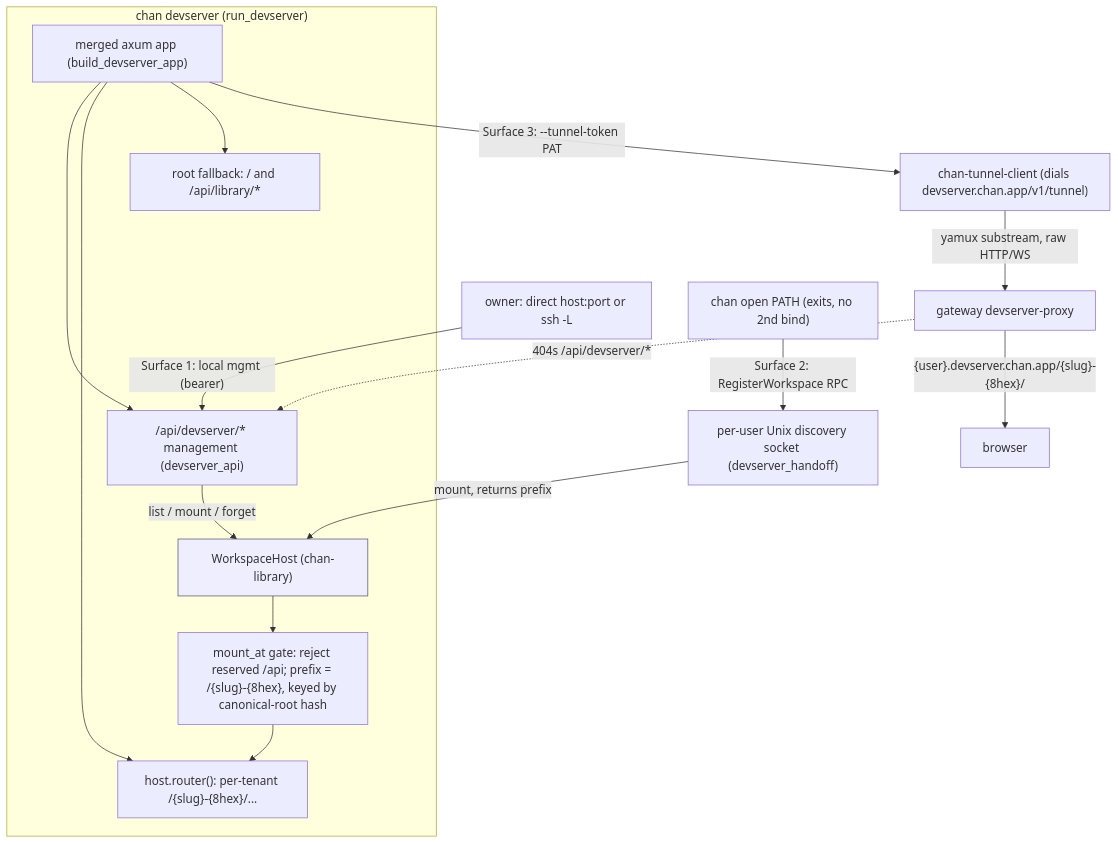
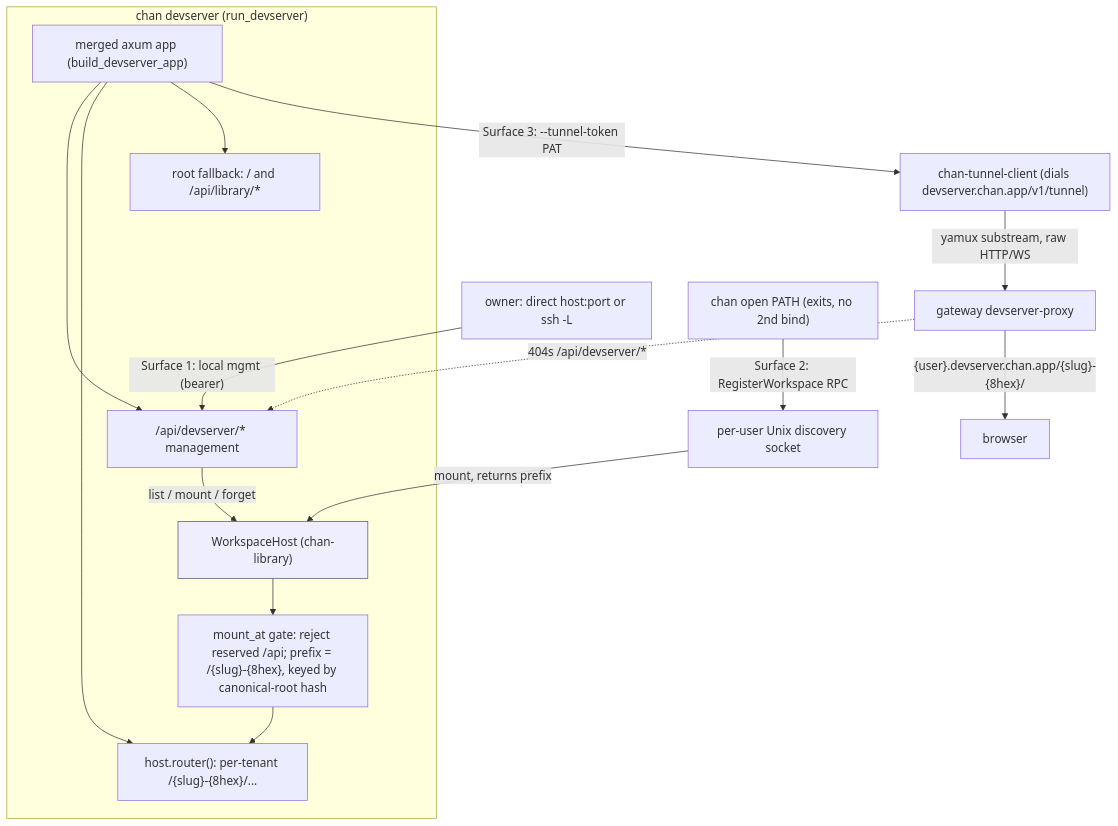
Before and after one commit to likewhatevs/chan: the second of 2 diagrams in design.md, drawn with Mermaid. The commit also changed other lines of this file and 20 other files, not shown here.

````diff
--- a/design.md
+++ b/design.md
@@ -231,26 +195,26 @@
 ```mermaid
 flowchart TB
   subgraph DV["chan devserver (run_devserver)"]
     Host["WorkspaceHost (chan-library)"]
     Gate["mount_at gate: reject reserved /api; prefix = /{slug}-{8hex}, keyed by canonical-root hash"]
     App["merged axum app (build_devserver_app)"]
-    Mgmt["/api/devserver/* management (devserver_api)"]
+    Mgmt["/api/devserver/* management"]
     Tenants["host.router(): per-tenant /{slug}-{8hex}/..."]
     Launcher["root fallback: / and /api/library/*"]
     Host --> Gate
     Gate --> Tenants
     App --> Mgmt
     App --> Tenants
     App --> Launcher
   end
   Owner["owner: direct host:port or ssh -L"] -->|"Surface 1: local mgmt (bearer)"| Mgmt
   Mgmt -->|"list / mount / forget"| Host
-  CLI["chan open PATH (exits, no 2nd bind)"] -->|"Surface 2: RegisterWorkspace RPC"| Disc["per-user Unix discovery socket (devserver_handoff)"]
+  CLI["chan open PATH (exits, no 2nd bind)"] -->|"Surface 2: RegisterWorkspace RPC"| Disc["per-user Unix discovery socket"]
   Disc -->|"mount, returns prefix"| Host
   App -->|"Surface 3: --tunnel-token PAT"| Tun["chan-tunnel-client (dials devserver.chan.app/v1/tunnel)"]
   Tun -->|"yamux substream, raw HTTP/WS"| Proxy["gateway devserver-proxy"]
   Proxy -->|"{user}.devserver.chan.app/{slug}-{8hex}/"| Browser["browser"]
   Proxy -.->|"404s /api/devserver/*"| Mgmt
   classDef core fill:#eef,stroke:#557;
   class Host core;
 ```
````
